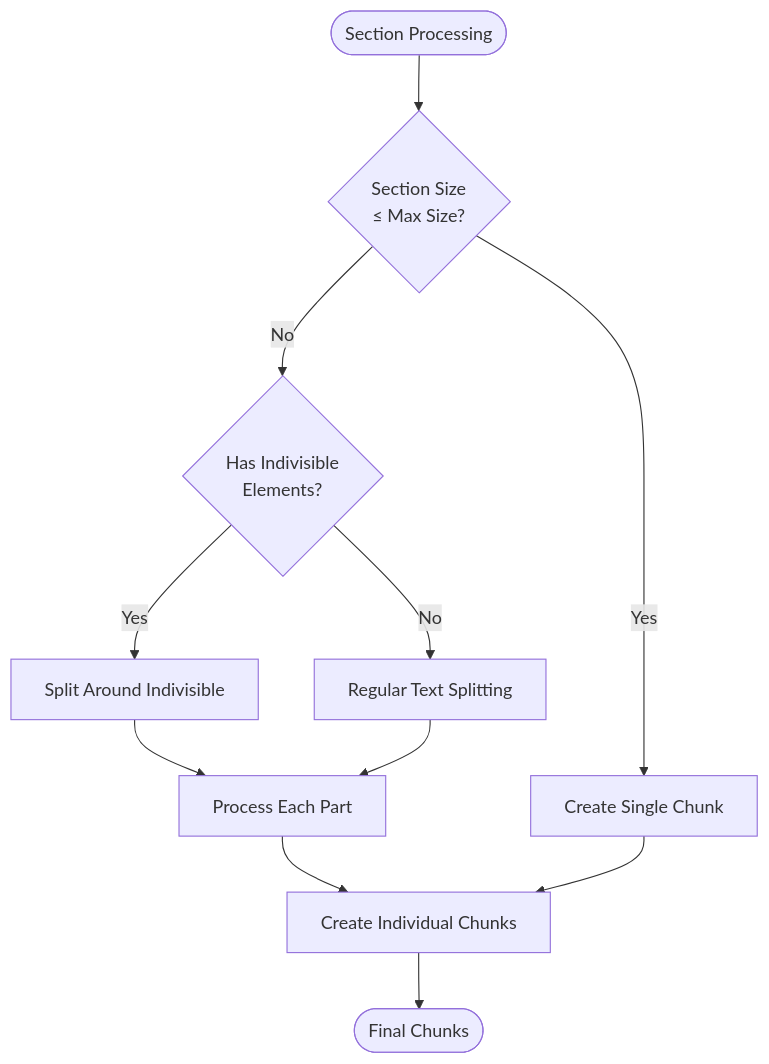
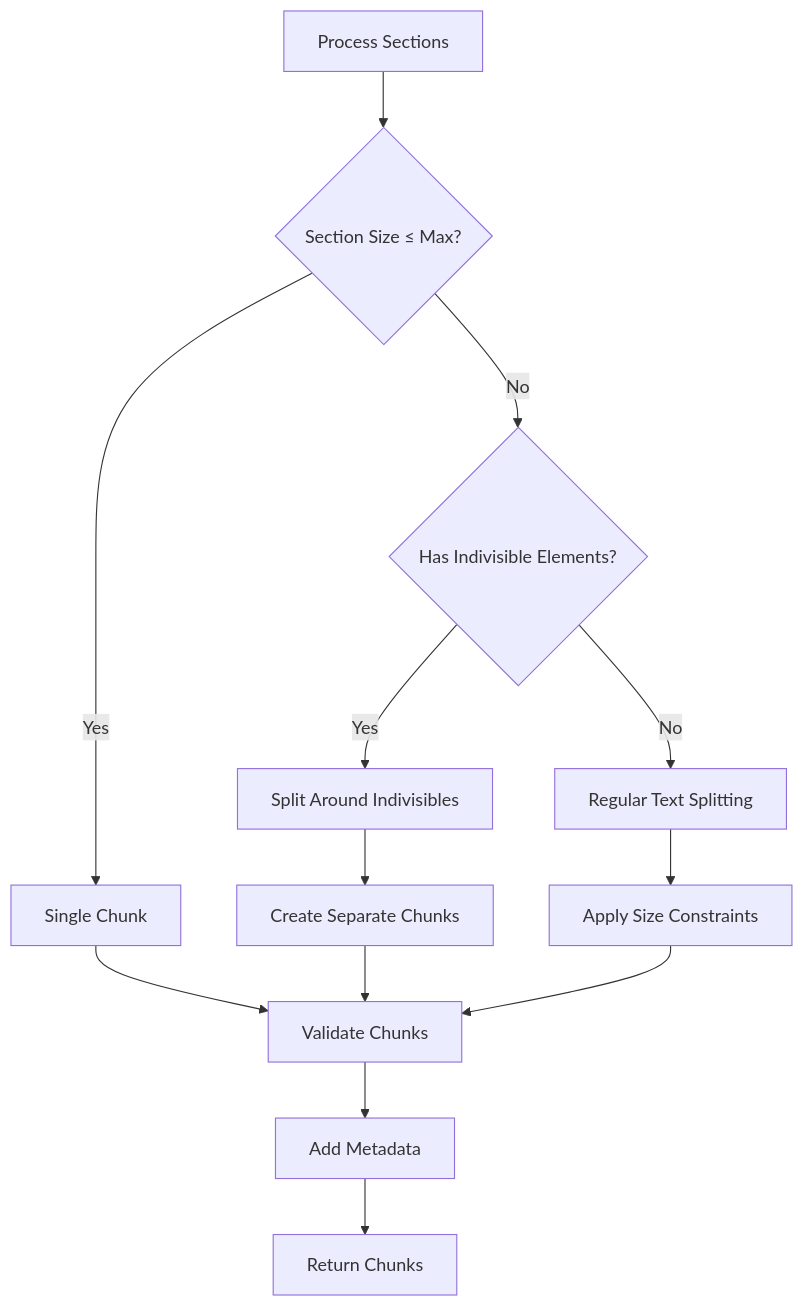
One commit to asukhodko/dify-markdown-chunker changed the eighth of 22 diagrams in .qoder/repowiki/en/content/Chunking Strategies/Mixed Strategy.md. Above: the diagram before and after it, drawn with Mermaid. The commit also changed other lines of this file and 205 other files, not shown here.

````diff
--- a/.qoder/repowiki/en/content/Chunking Strategies/Mixed Strategy.md
+++ b/.qoder/repowiki/en/content/Chunking Strategies/Mixed Strategy.md
@@ -370,13 +279,15 @@
 ```mermaid
 flowchart TD
-Start([Section Processing]) --> CheckSize{"Section Size<br/>≤ Max Size?"}
-CheckSize --> |Yes| SingleChunk[Create Single Chunk]
-CheckSize --> |No| CheckIndivisible{"Has Indivisible<br/>Elements?"}
-CheckIndivisible --> |Yes| SplitAround[Split Around Indivisible]
-CheckIndivisible --> |No| RegularSplit[Regular Text Splitting]
-SplitAround --> ProcessParts[Process Each Part]
-RegularSplit --> ProcessParts
-ProcessParts --> CreateChunks[Create Individual Chunks]
-SingleChunk --> CreateChunks
-CreateChunks --> End([Final Chunks])
+A["Process Sections"] --> B{"Section Size ≤ Max?"}
+B --> |Yes| C["Single Chunk"]
+B --> |No| D{"Has Indivisible Elements?"}
+D --> |Yes| E["Split Around Indivisibles"]
+D --> |No| F["Regular Text Splitting"]
+E --> G["Create Separate Chunks"]
+F --> H["Apply Size Constraints"]
+C --> I["Validate Chunks"]
+G --> I
+H --> I
+I --> J["Add Metadata"]
+J --> K["Return Chunks"]
 ```
````
